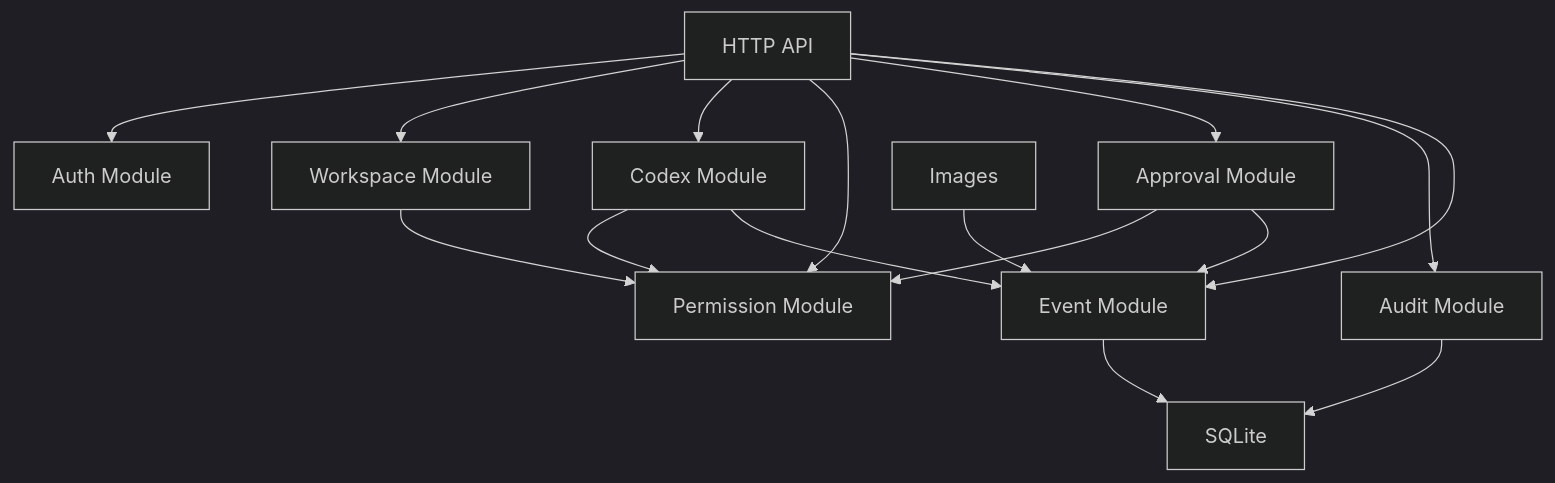
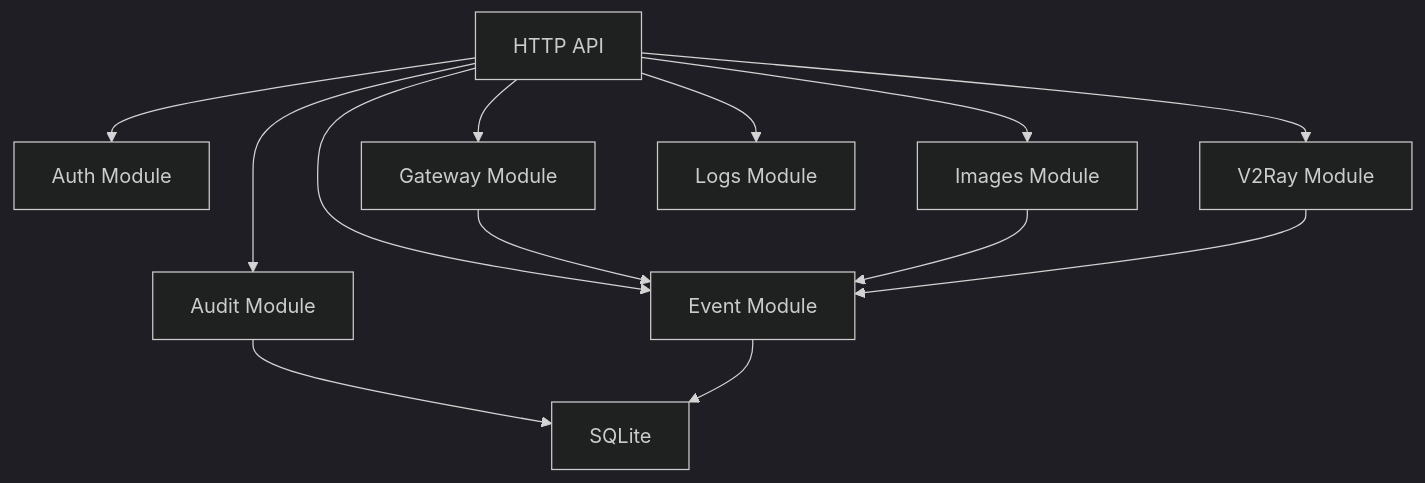
The second of 2 diagrams in docs/personal-web-terminal-technical-design.md (NageNalock/phantom-lancer), drawn with Mermaid (dark theme) before and after one commit. The commit also changed other lines of this file and 36 other files, not shown here.

````diff
--- a/docs/personal-web-terminal-technical-design.md
+++ b/docs/personal-web-terminal-technical-design.md
@@ -91,19 +94,16 @@
 ```mermaid
 flowchart TD
   API["HTTP API"] --> Auth["Auth Module"]
-  API --> Workspace["Workspace Module"]
-  API --> Codex["Codex Module"]
-  API --> Permission["Permission Module"]
-  API --> Approval["Approval Module"]
+  API --> Gateway["Gateway Module"]
+  API --> Images["Images Module"]
+  API --> V2Ray["V2Ray Module"]
+  API --> Logs["Logs Module"]
   API --> Audit["Audit Module"]
   API --> Event["Event Module"]
 
-  Codex --> Permission
-  Workspace --> Permission
-  Approval --> Permission
-  Codex --> Event
+  Gateway --> Event
   Images --> Event
-  Approval --> Event
+  V2Ray --> Event
   Audit --> DB["SQLite"]
   Event --> DB
 ```
````
